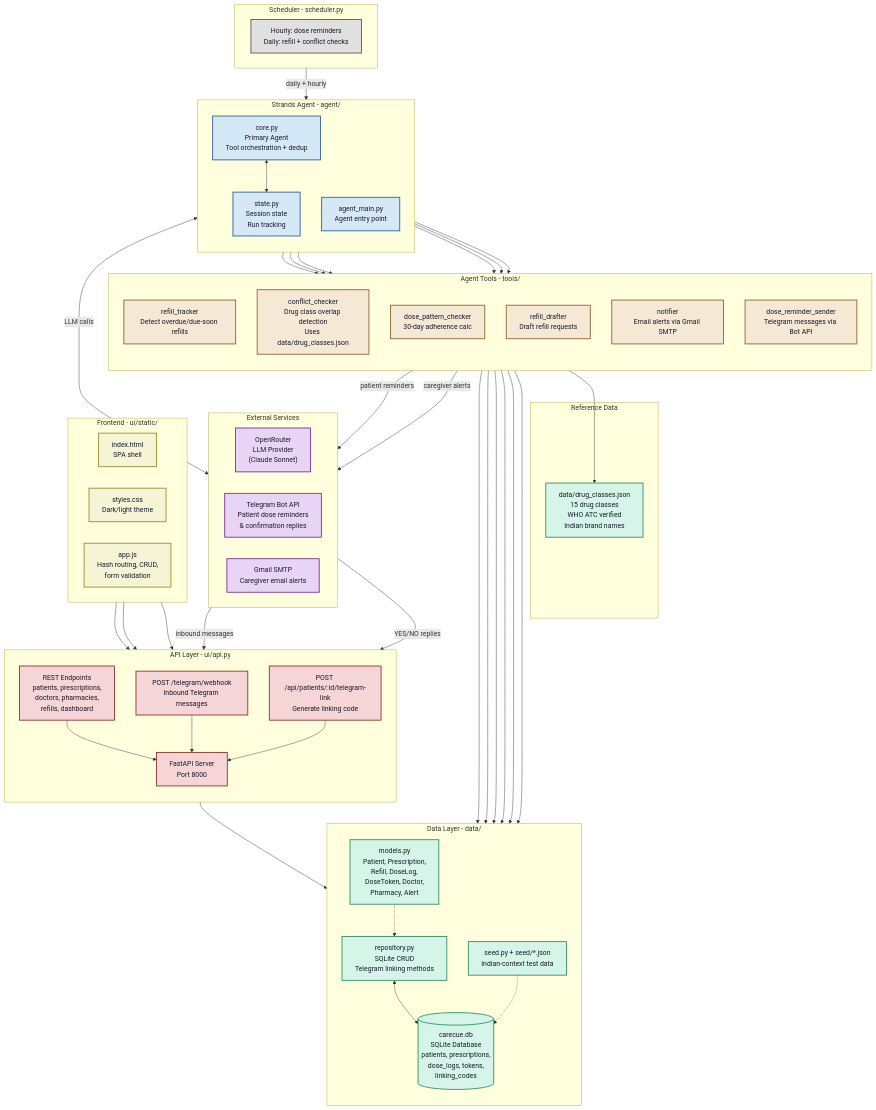
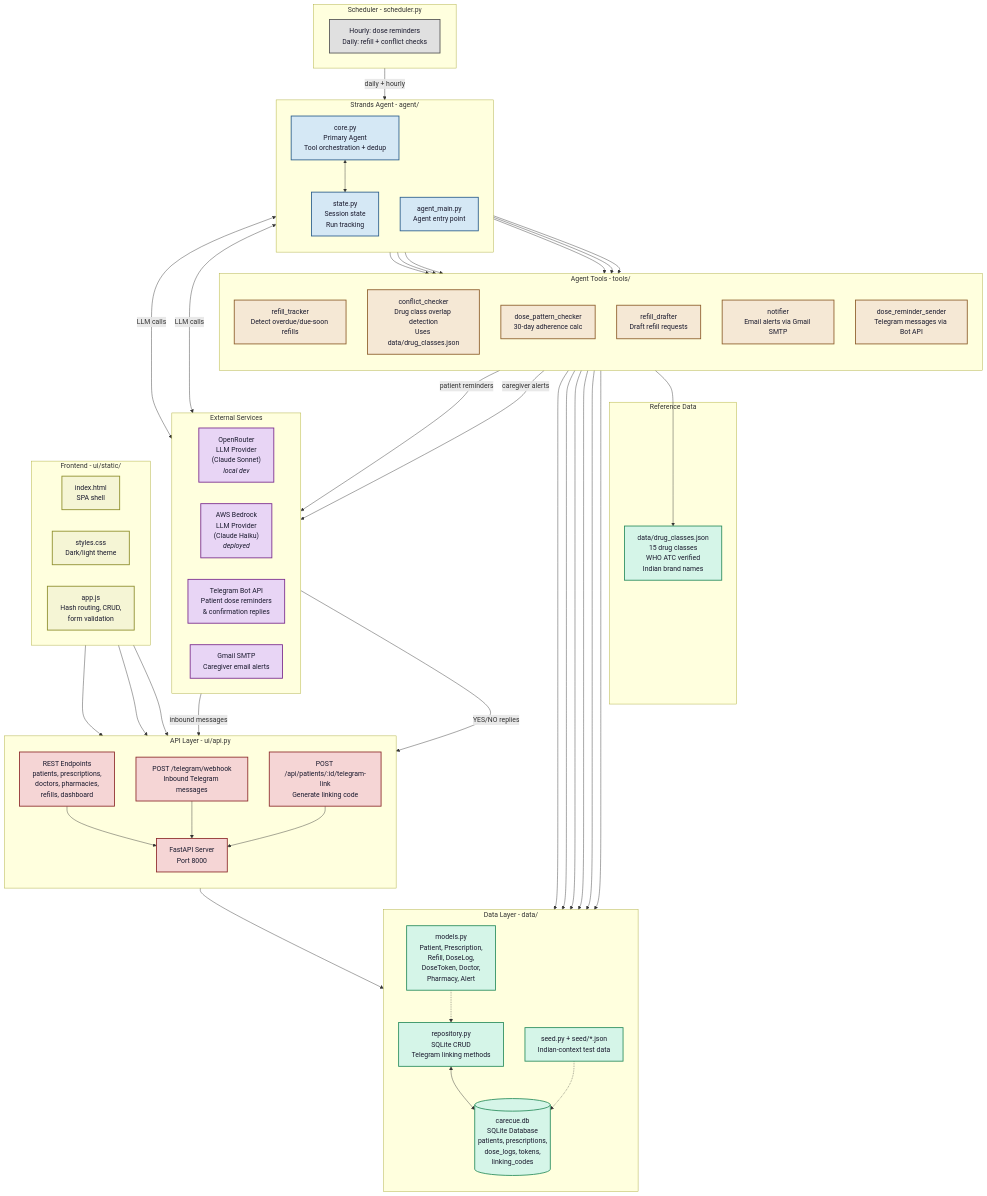
The diagram in README.md (Biswajit-17/CareCue-Agent), drawn with Mermaid before and after one commit. The commit also changed other lines of this file and 22 other files, not shown here.

```diff
--- a/README.md
+++ b/README.md
@@ -151,7 +168,8 @@
 flowchart TB
     subgraph External["External Services"]
         direction LR
-        OR["OpenRouter<br/>LLM Provider<br/>(Claude Sonnet)"]
+        OR["OpenRouter<br/>LLM Provider<br/>(Claude Sonnet)<br/><i>local dev</i>"]
+        BED["AWS Bedrock<br/>LLM Provider<br/>(Claude Haiku)<br/><i>deployed</i>"]
         TG["Telegram Bot API<br/>Patient dose reminders<br/>& confirmation replies"]
         GMAIL["Gmail SMTP<br/>Caregiver email alerts"]
     end
@@ -221,6 +239,7 @@
 
     %% Agent model provider
     CORE <-->|"LLM calls"| OR
+    CORE <-->|"LLM calls"| BED
 
     %% Tools use data layer
     T1 --> REPO
@@ -264,7 +283,7 @@
     classDef frontend fill:#f5f5d5,stroke:#8e8e2d,stroke-width:2px,color:#1a1a2e
     classDef scheduler fill:#e0e0e0,stroke:#555,stroke-width:2px,color:#1a1a2e
 
-    class OR,TG,GMAIL external
+    class OR,BED,TG,GMAIL external
     class CORE,STATE,AGENT_MAIN agent
     class T1,T2,T3,T4,T5,T6 tools
     class REPO,DB,MODELS,SEED,DRUGS data
```
